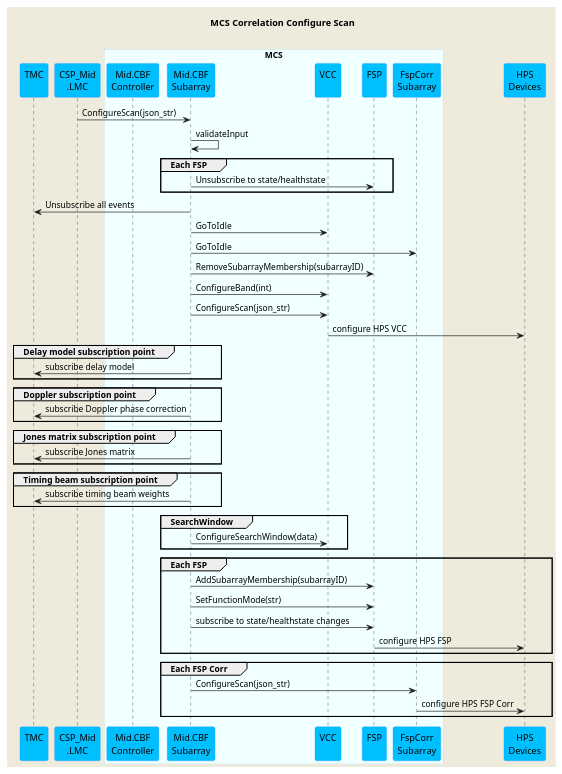
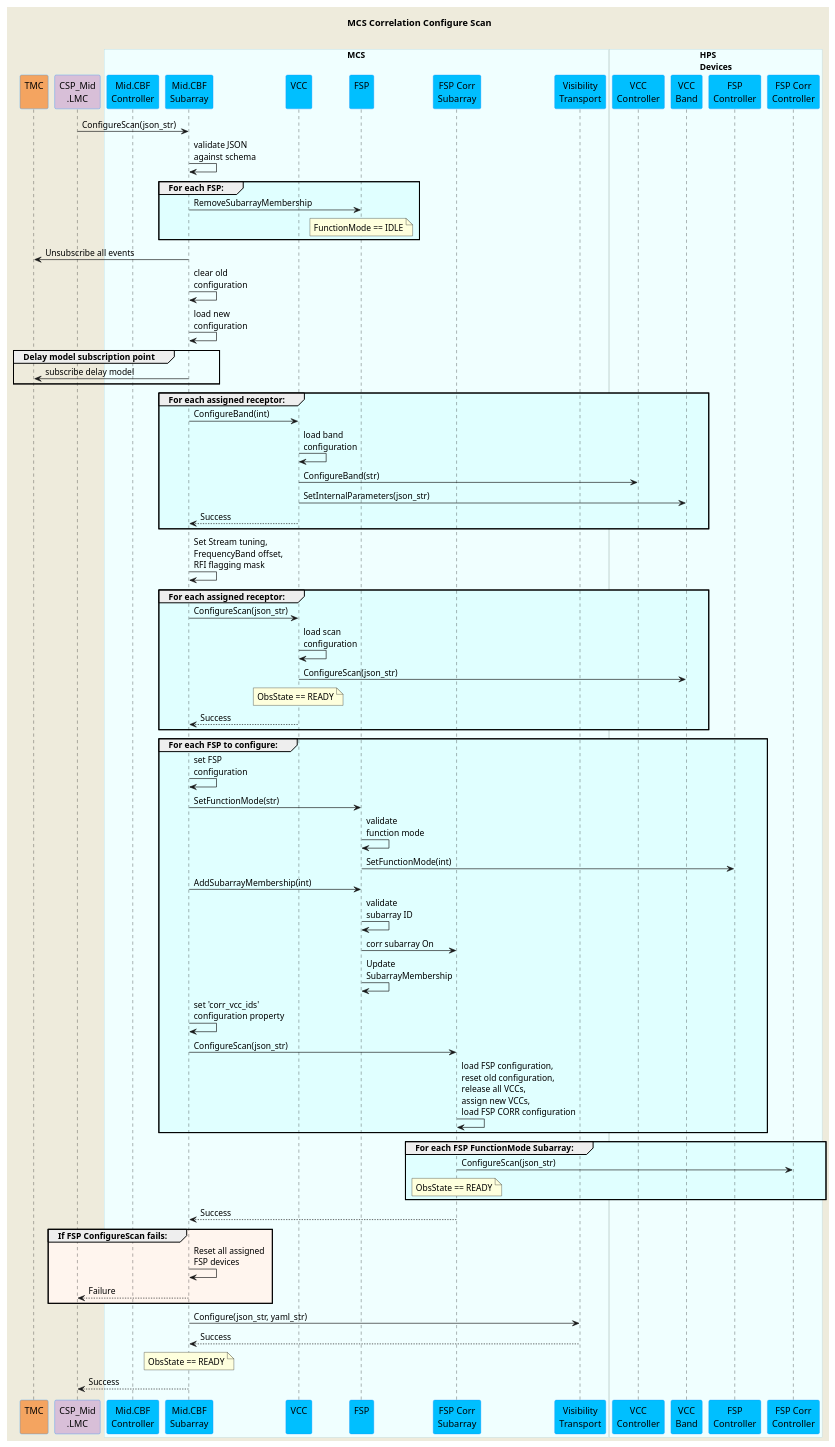
Before and after one commit to ska-telescope/mid-cbf-mcs: the diagram in docs/src/diagrams/configure-corr-scan-mcs.puml, drawn with PlantUML. The commit also changed 5 other files, not shown here.

Commit message:
CIP-2424 Updated several sequence diagrams

```diff
--- a/docs/src/diagrams/configure-corr-scan-mcs.puml
+++ b/docs/src/diagrams/configure-corr-scan-mcs.puml
@@ -1,76 +1,141 @@
 @startuml
 'https://plantuml.com/sequence-diagram
 
 skinparam backgroundColor #EEEBDC
 skinparam sequence {
 ParticipantBorderColor DodgerBlue
 ParticipantBackgroundColor DeepSkyBlue
 ActorBorderColor DarkGreen
 ActorBackgroundColor Green
 BoxBorderColor LightBlue
 BoxBackgroundColor #F0FFFF
 }
 
 title MCS Correlation Configure Scan\n
 
-participant "TMC\n" as tmc
-participant "CSP_Mid\n.LMC" as lmc
+participant "TMC\n" as tmc #SandyBrown
+participant "CSP_Mid\n.LMC" as lmc #Thistle
 
 box "MCS"
 participant "Mid.CBF\nController" as controller
 participant "Mid.CBF\nSubarray" as subarray
 participant "VCC\n" as vcc
 participant "FSP\n" as fsp
-participant "FspCorr\nSubarray" as fspcorr
+participant "FSP Corr\nSubarray" as fspcorr
+participant "Visibility\nTransport" as vis_trans
 end box
 
-participant "HPS\nDevices" as hps
+box "HPS\nDevices" 
+participant "VCC\nController" as vcc_cont
+participant "VCC\nBand" as vcc_band
+participant "FSP\nController" as fsp_cont
+participant "FSP Corr\nController" as fspcorr_cont
+end box
 
 lmc         -> subarray     : ConfigureScan(json_str)
-subarray    -> subarray     : validateInput
+subarray    -> subarray     : validate JSON\nagainst schema
 
-group Each FSP
-subarray    -> fsp          : Unsubscribe to state/healthstate
+group #LightCyan For each FSP:
+subarray    -> fsp          : RemoveSubarrayMembership
+note over fsp               : FunctionMode == IDLE
 end group
 
 subarray    -> tmc          : Unsubscribe all events
-subarray    -> vcc          : GoToIdle
-subarray    -> fspcorr      : GoToIdle
-subarray    -> fsp          : RemoveSubarrayMembership(subarrayID)
-subarray    -> vcc          : ConfigureBand(int)
-subarray    -> vcc          : ConfigureScan(json_str)
-vcc         -> hps          : configure HPS VCC
+subarray    -> subarray     : clear old\nconfiguration
+subarray    -> subarray     : load new\nconfiguration
 
 group Delay model subscription point
 subarray    -> tmc          : subscribe delay model
 end group
 
-group Doppler subscription point
-subarray    -> tmc          : subscribe Doppler phase correction
+group #LightCyan For each assigned receptor:
+subarray    -> vcc          : ConfigureBand(int)
+vcc         -> vcc          : load band\nconfiguration
+vcc         -> vcc_cont     : ConfigureBand(str)
+vcc         -> vcc_band     : SetInternalParameters(json_str)
+subarray   <-- vcc          : Success
 end group
 
-group Jones matrix subscription point
-subarray    -> tmc          : subscribe Jones matrix
+subarray    -> subarray     : Set Stream tuning,\nFrequencyBand offset,\nRFI flagging mask
+
+group #LightCyan For each assigned receptor:
+subarray    -> vcc          : ConfigureScan(json_str)
+vcc         -> vcc          : load scan\nconfiguration
+vcc         -> vcc_band     : ConfigureScan(json_str)
+note over vcc               : ObsState == READY
+subarray   <-- vcc          : Success
 end group
 
-group Timing beam subscription point
-subarray    -> tmc          : subscribe timing beam weights
+group #LightCyan For each FSP to configure:
+subarray    -> subarray     : set FSP\nconfiguration
+
+subarray    -> fsp          : SetFunctionMode(str)
+fsp         -> fsp          : validate\nfunction mode
+fsp         -> fsp_cont     : SetFunctionMode(int)
+
+subarray    -> fsp          : AddSubarrayMembership(int)
+fsp         -> fsp          : validate\nsubarray ID
+fsp         -> fspcorr      : corr subarray On
+fsp         -> fsp          : Update\nSubarrayMembership
+
+subarray    -> subarray     : set 'corr_vcc_ids'\nconfiguration property
+subarray    -> fspcorr      : ConfigureScan(json_str)
+fspcorr     -> fspcorr      : load FSP configuration,\nreset old configuration,\nrelease all VCCs,\nassign new VCCs,\nload FSP CORR configuration
 end group
 
-group SearchWindow
-subarray    ->vcc           : ConfigureSearchWindow(data)
+group #LightCyan For each FSP FunctionMode Subarray:
+fspcorr     -> fspcorr_cont : ConfigureScan(json_str)
+note over fspcorr           : ObsState == READY
 end group
 
-group Each FSP
-subarray    -> fsp          : AddSubarrayMembership(subarrayID)
-subarray    -> fsp          : SetFunctionMode(str)
-subarray    -> fsp          : subscribe to state/healthstate changes
-fsp         -> hps          : configure HPS FSP
+subarray   <-- fspcorr      : Success
+
+group #SeaShell If FSP ConfigureScan fails:
+subarray    -> subarray     : Reset all assigned\nFSP devices
+lmc         <-- subarray    : Failure
 end group
 
-group Each FSP Corr
-subarray    -> fspcorr          : ConfigureScan(json_str)
-fspcorr         -> hps          : configure HPS FSP Corr
-end group
+subarray    -> vis_trans    : Configure(json_str, yaml_str)
+subarray   <-- vis_trans    : Success
+
+note over subarray          : ObsState == READY
+lmc        <-- subarray     : Success
+
+' subarray    -> vcc          : GoToIdle
+' subarray    -> fspcorr      : GoToIdle
+' subarray    -> fsp          : RemoveSubarrayMembership(subarrayID)
+
+
+' vcc         -> hps          : configure HPS VCC
+
+
+
+' group Doppler subscription point
+' subarray    -> tmc          : subscribe Doppler phase correction
+' end group
+
+' group Jones matrix subscription point
+' subarray    -> tmc          : subscribe Jones matrix
+' end group
+
+' group Timing beam subscription point
+' subarray    -> tmc          : subscribe timing beam weights
+' end group
+
+' group SearchWindow
+' subarray    ->vcc           : ConfigureSearchWindow(data)
+' end group
+
+' group Each FSP
+' subarray    -> fsp          : AddSubarrayMembership(subarrayID)
+' subarray    -> fsp          : SetFunctionMode(str)
+' subarray    -> fsp          : subscribe to state/healthstate changes
+' fsp         -> hps          : configure HPS FSP
+' end group
+
+' group Each FSP Corr
+' subarray    -> fspcorr          : ConfigureScan(json_str)
+' fspcorr         -> hps          : configure HPS FSP Corr
+' end group
 
 @enduml
```
